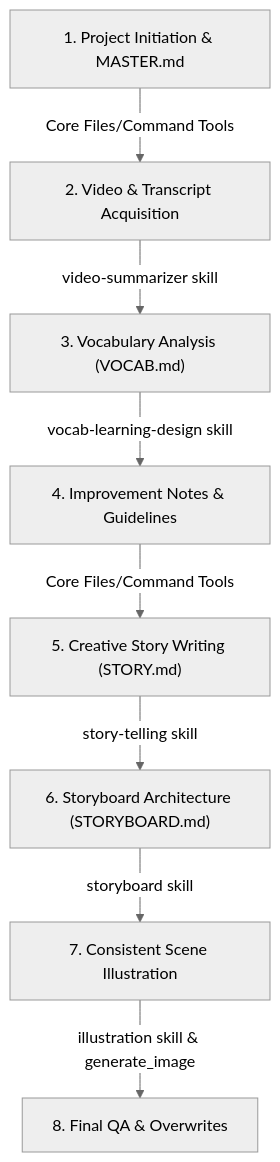
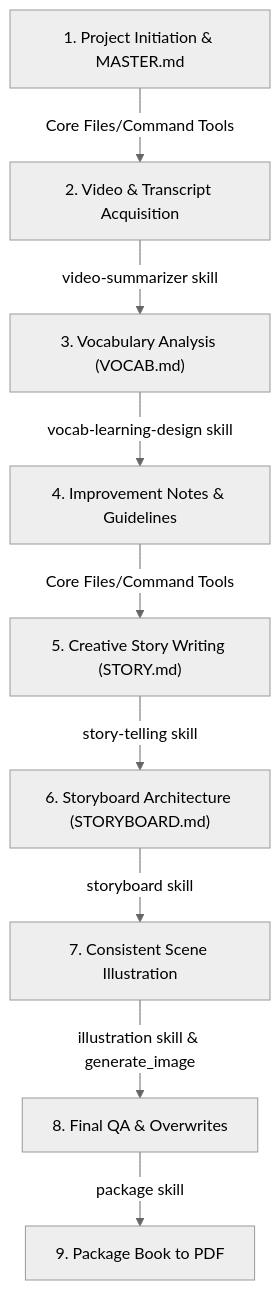
Before and after one commit to qhuydtvt/ai-bean: the diagram in projects/pilot/workflow/WORKFLOW.md, drawn with Mermaid (neutral theme). The commit also changed other lines of this file, not shown here.

Commit message:
docs: document PDF packaging step in WORKFLOW.md

````diff
--- a/projects/pilot/workflow/WORKFLOW.md
+++ b/projects/pilot/workflow/WORKFLOW.md
@@ -9,10 +9,11 @@
 ```mermaid
 graph TD
     A["1. Project Initiation & MASTER.md"] -->|Core Files/Command Tools| B["2. Video & Transcript Acquisition"]
     B -->|video-summarizer skill| C["3. Vocabulary Analysis (VOCAB.md)"]
     C -->|vocab-learning-design skill| D["4. Improvement Notes & Guidelines"]
     D -->|Core Files/Command Tools| E["5. Creative Story Writing (STORY.md)"]
     E -->|story-telling skill| F["6. Storyboard Architecture (STORYBOARD.md)"]
     F -->|storyboard skill| G["7. Consistent Scene Illustration"]
     G -->|illustration skill & generate_image| H["8. Final QA & Overwrites"]
+    H -->|package skill| I["9. Package Book to PDF"]
 ```
````
